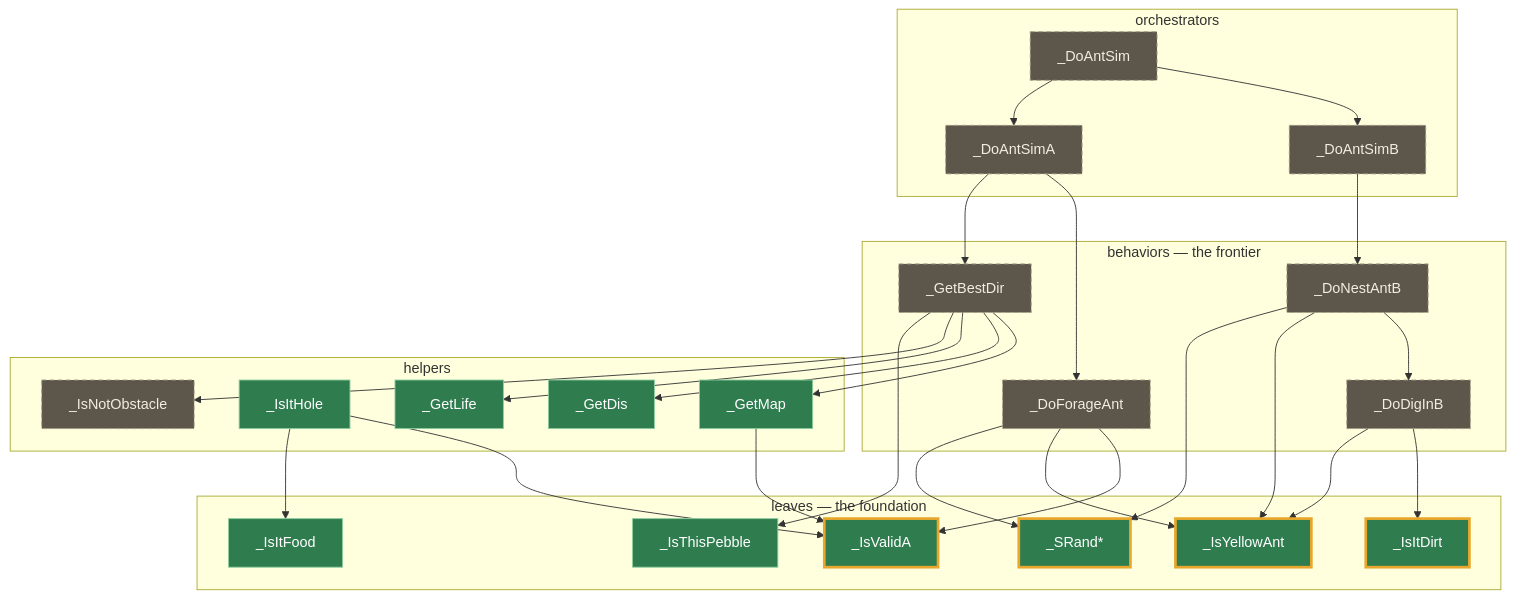
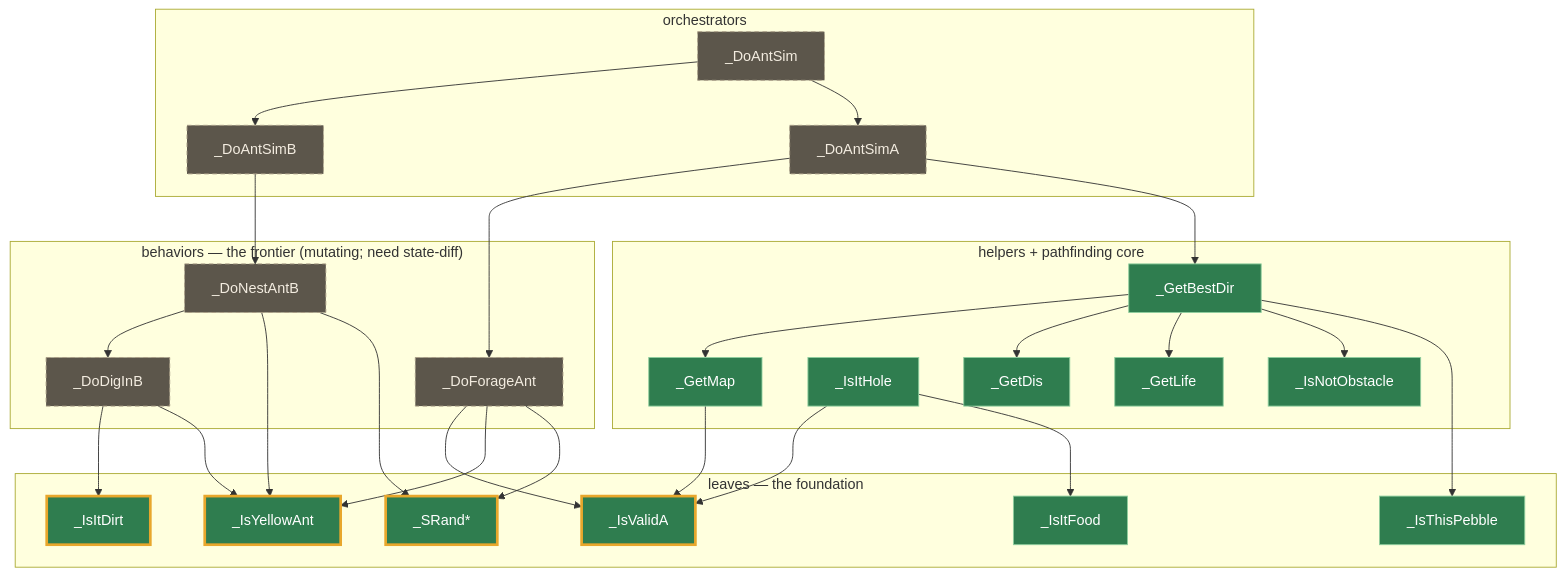
Before and after one commit to missingno7/simant_port: the diagram in README.md, drawn with Mermaid. The commit also changed other lines of this file, not shown here.

First line of the commit message:
docs(readme): update the recovery map — foundation + pathfinding core done

````diff
--- a/README.md
+++ b/README.md
@@ -36,45 +41,45 @@
 ```mermaid
 flowchart TD
   subgraph L1["orchestrators"]
     das["_DoAntSim"]
     dab["_DoAntSimB"]
     daa["_DoAntSimA"]
   end
-  subgraph L2["behaviors — the frontier"]
+  subgraph L2["behaviors — the frontier (mutating; need state-diff)"]
     dnb["_DoNestAntB"]
     dfor["_DoForageAnt"]
-    gbd["_GetBestDir"]
     ddig["_DoDigInB"]
   end
-  subgraph L3["helpers"]
+  subgraph L3["helpers + pathfinding core"]
+    gbd["_GetBestDir"]
     gmap["_GetMap"]
     ihole["_IsItHole"]
     gdis["_GetDis"]
     glife["_GetLife"]
     inobs["_IsNotObstacle"]
   end
   subgraph L4["leaves — the foundation"]
     iva["_IsValidA"]
     idirt["_IsItDirt"]
     iyel["_IsYellowAnt"]
     ifood["_IsItFood"]
     ipeb["_IsThisPebble"]
     srand["_SRand*"]
   end
   das --> dab & daa
   dab --> dnb
   daa --> dfor & gbd
   dnb --> ddig & iyel & srand
   dfor --> iva & iyel & srand
   gbd --> gmap & gdis & glife & inobs & ipeb
   ddig --> idirt & iyel
   gmap --> iva
   ihole --> iva & ifood
 
   classDef done fill:#2f7d4f,stroke:#8fce9e,color:#fff;
   classDef load fill:#2f7d4f,stroke:#e8a72c,stroke-width:3px,color:#fff;
   classDef front fill:#5c564b,stroke:#a99e86,color:#f3ece0,stroke-dasharray:5 4;
-  class gmap,ihole,ifood,ipeb,gdis,glife done;
+  class gmap,ihole,ifood,ipeb,gdis,glife,gbd,inobs done;
   class iva,idirt,iyel,srand load;
-  class das,dab,daa,dnb,dfor,gbd,ddig,inobs front;
+  class das,dab,daa,dnb,dfor,ddig front;
 ```
````
